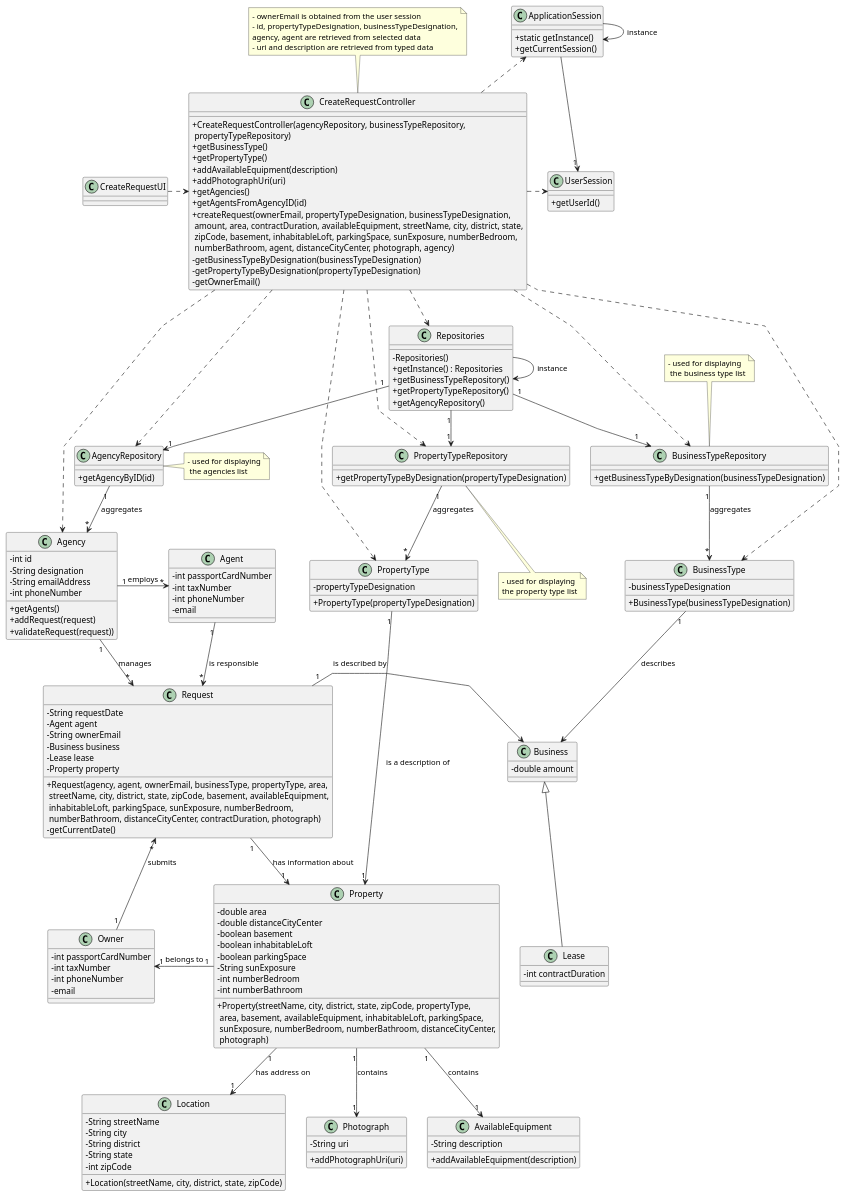
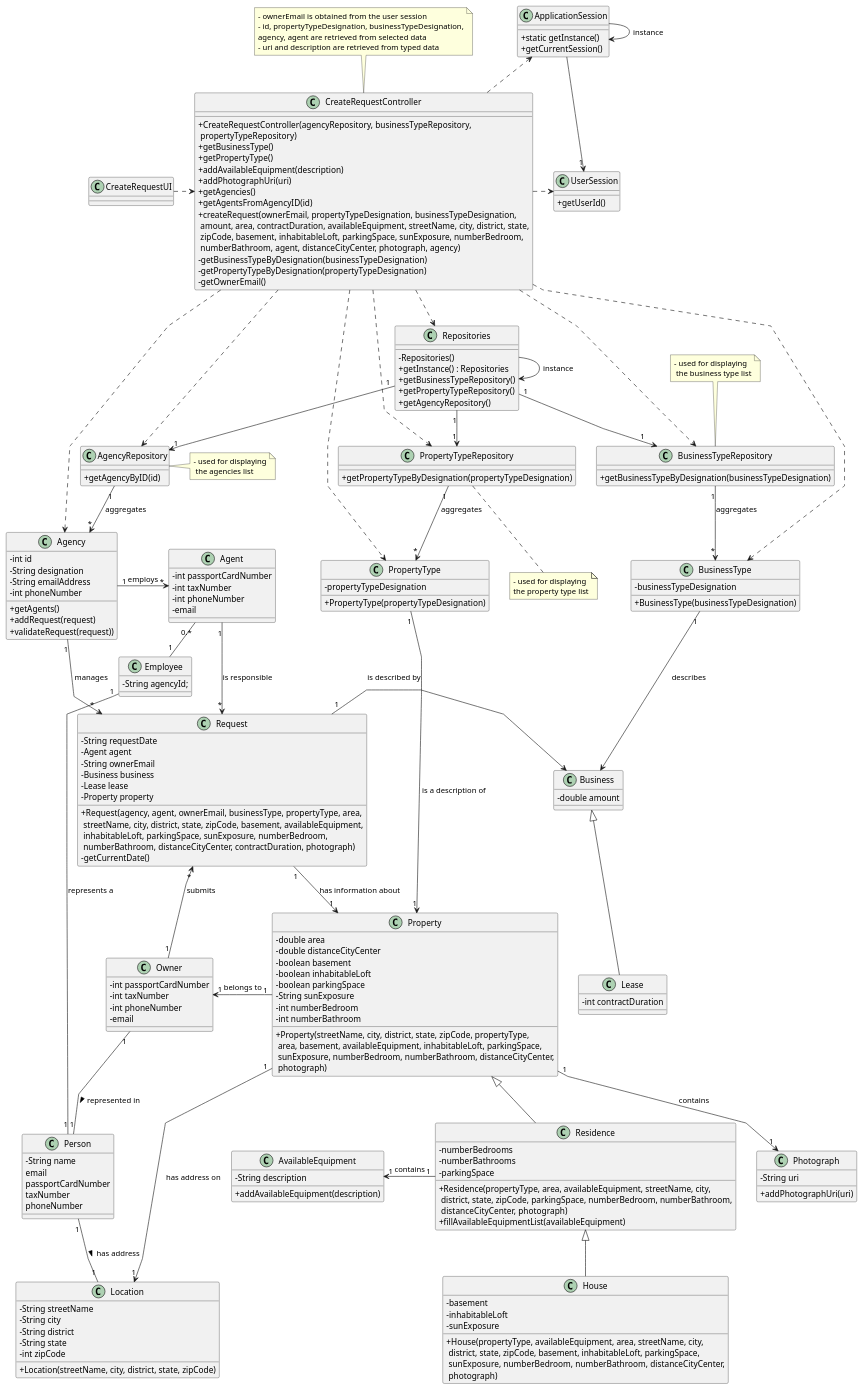
The diagram in docs/sprintB/us004/03.design/puml/us004-class-diagram.puml (rita-barbosa/LAPR2-2223), drawn with PlantUML before and after one commit. The commit also changed 5 other files, not shown here.

```diff
--- a/docs/sprintB/us004/03.design/puml/us004-class-diagram.puml
+++ b/docs/sprintB/us004/03.design/puml/us004-class-diagram.puml
@@ -154,6 +154,22 @@
     - getCurrentDate()
 }
 
+class Residence extends Property{
+    - numberBedrooms
+    - numberBathrooms
+    - parkingSpace
+    + Residence(propertyType, area, availableEquipment, streetName, city,\n district, state, zipCode, parkingSpace, numberBedroom, numberBathroom,\n distanceCityCenter, photograph)
+    + fillAvailableEquipmentList(availableEquipment)
+
+}
+
+class House extends Residence{
+     - basement
+     - inhabitableLoft
+     - sunExposure
+     + House(propertyType, availableEquipment, area, streetName, city,\n district, state, zipCode, basement, inhabitableLoft, parkingSpace,\n sunExposure, numberBedroom, numberBathroom, distanceCityCenter,\n photograph)
+}
+
 class Business{
     - double amount
 }
@@ -162,7 +178,27 @@
     - int contractDuration
 }
 
+class Person{
+    - String name
+    email
+    passportCardNumber
+    taxNumber
+    phoneNumber
+}
+
+class Employee{
+ - String agencyId;
+}
+
 'RELATIONS
+
+Employee "1" -left- "0.*" Agent
+
+Person "1" -- "1" Location: has address >
+
+Employee "1" -- "1" Person: represents a
+
+Owner "1"  -- "1" Person: represented in >
 
 Repositories -> Repositories : instance
 
@@ -214,7 +250,7 @@
 
 Property "1" --> "1" Photograph : contains
 
-Property "1" --> "1" AvailableEquipment : contains
+Residence "1" -left-> "1" AvailableEquipment : contains
 
 PropertyType "1" --> "1" Property : is a description of
 
```
